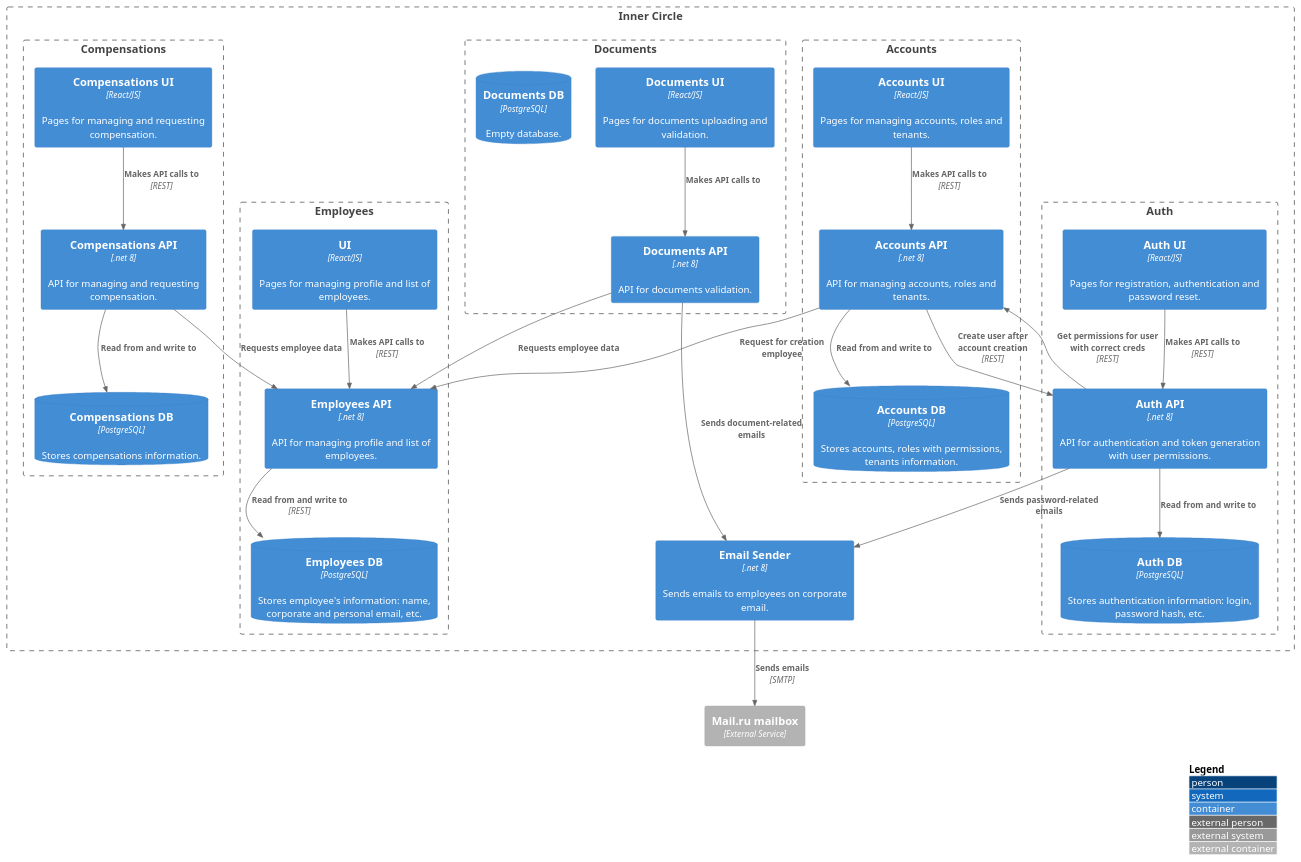
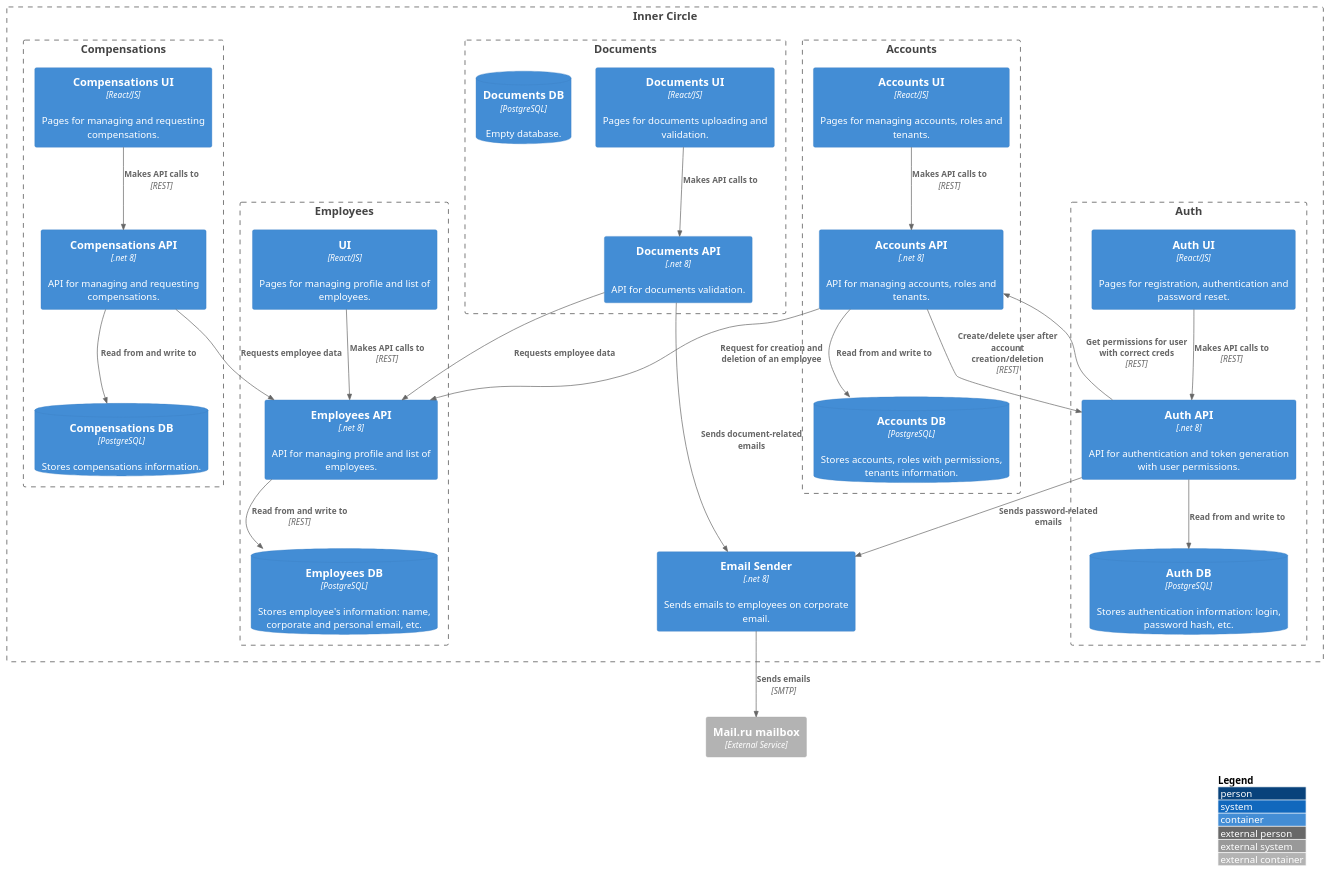
One commit to TourmalineCore/inner-circle-documentation changed the diagram in c4-architecture-diagrams/c4-container.puml. Above: the diagram before and after it, drawn with PlantUML. The commit also changed 1 other file, not shown here.

Commit message:
doc(c4-container): add some corrections after review

```diff
--- a/c4-architecture-diagrams/c4-container.puml
+++ b/c4-architecture-diagrams/c4-container.puml
@@ -1,68 +1,68 @@
 @startuml
 !include https://raw.githubusercontent.com/plantuml-stdlib/C4-PlantUML/master/C4_Container.puml
 
 skinparam wrapWidth 300
 LAYOUT_WITH_LEGEND()
 
 Boundary(InnerCircleBoundary, "Inner Circle"){
         Boundary(AuthBoundary, "Auth") {
             Container(AuthUI, "Auth UI", "React/JS", "Pages for registration, authentication and password reset.")
             Container(AuthAPI, "Auth API", ".net 8", "API for authentication and token generation with user permissions.")
             ContainerDb(AuthDB, "Auth DB", "PostgreSQL", "Stores authentication information: login, password hash, etc.")
         }
 
         Boundary(AccountsBoundary, "Accounts") {
             Container(AccountsUI, "Accounts UI", "React/JS", "Pages for managing accounts, roles and tenants.")
             Container(AccountsAPI, "Accounts API", ".net 8", "API for managing accounts, roles and tenants.")
             ContainerDb(AccountsDB, "Accounts DB", "PostgreSQL", "Stores accounts, roles with permissions, tenants information.")
         }
 
         Boundary(EmployeesBoundary, "Employees") {
             Container(UI, "UI", "React/JS", "Pages for managing profile and list of employees.")
             Container(EmployeesAPI, "Employees API", ".net 8", "API for managing profile and list of employees.")
             ContainerDb(EmployeesDB, "Employees DB", "PostgreSQL", "Stores employee's information: name, corporate and personal email, etc.")
         }
 
         Boundary(DocumentsBoundary, "Documents") {
             Container(DocumentsUI, "Documents UI", "React/JS", "Pages for documents uploading and validation.")
             Container(DocumentsAPI, "Documents API", ".net 8", "API for documents validation.")
             ContainerDb(DocumentsDB, "Documents DB", "PostgreSQL", "Empty database.")
         }
 
         Boundary(CompensationsBoundary, "Compensations") {
-            Container(CompensationsUI, "Compensations UI", "React/JS", "Pages for managing and requesting compensation.")
-            Container(CompensationsAPI, "Compensations API", ".net 8", "API for managing and requesting compensation.")
+            Container(CompensationsUI, "Compensations UI", "React/JS", "Pages for managing and requesting compensations.")
+            Container(CompensationsAPI, "Compensations API", ".net 8", "API for managing and requesting compensations.")
             ContainerDb(CompensationsDB, "Compensations DB", "PostgreSQL", "Stores compensations information.")
         }
 
         Container(EmailSender, "Email Sender", ".net 8", "Sends emails to employees on corporate email.")
     }
 
     Container_Ext(MailBox, "Mail.ru mailbox", "External Service", "")
 
     Rel(AuthUI, AuthAPI, "Makes API calls to", "REST")
     Rel_U(AuthAPI, AccountsAPI, "Get permissions for user with correct creds", "REST")
     Rel(AuthAPI, AuthDB, "Read from and write to")
     Rel(AuthAPI, EmailSender, "Sends password-related emails")
 
     Rel(AccountsUI, AccountsAPI, "Makes API calls to", "REST")
     Rel(AccountsAPI, AccountsDB, "Read from and write to")
-    Rel(AccountsAPI, EmployeesAPI, "Request for creation employee")
-    Rel(AccountsAPI, AuthAPI, "Create user after account creation", "REST")
+    Rel(AccountsAPI, EmployeesAPI, "Request for creation and deletion of an employee")
+    Rel(AccountsAPI, AuthAPI, "Create/delete user after account creation/deletion", "REST")
 
     Rel(EmployeesAPI, EmployeesDB, "Read from and write to", "REST")
 
     Rel(UI, EmployeesAPI, "Makes API calls to", "REST")
 
 
     Rel(DocumentsUI, DocumentsAPI, "Makes API calls to")
     Rel(DocumentsAPI, EmailSender, "Sends document-related emails")
     Rel(DocumentsAPI, EmployeesAPI, "Requests employee data")
 
 
     Rel(CompensationsUI, CompensationsAPI, "Makes API calls to", "REST")
     Rel(CompensationsAPI, CompensationsDB, "Read from and write to")
     Rel(CompensationsAPI, EmployeesAPI, "Requests employee data")
 
     Rel(EmailSender, MailBox, "Sends emails", "SMTP")
 @enduml
```
